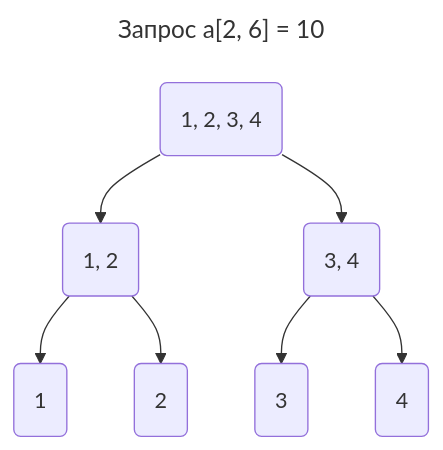
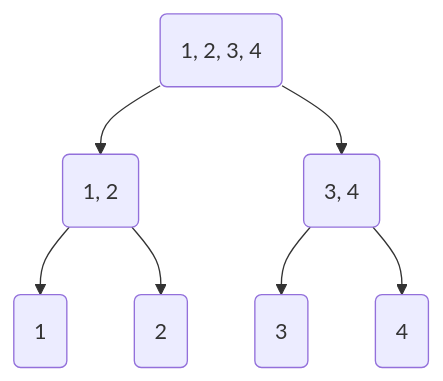
Before and after one commit to viktor37m/NotesSummary: the diagram in notes/data_structures/segment_tree/merge_sort_tree.md, drawn with Mermaid.

Commit message:
Delete title in mermaid Merge sort tree

````diff
--- a/notes/data_structures/segment_tree/merge_sort_tree.md
+++ b/notes/data_structures/segment_tree/merge_sort_tree.md
@@ -5,12 +5,9 @@
 ```mermaid
----
-title: Запрос a[2, 6] = 10
----
 flowchart TD;
 	0(1, 2, 3, 4) --> 1(1, 2)
 	0 --> 2(3, 4)
 	1 --> 3(1)
 	1 --> 4(2)
 	2 --> 5(3)
 	2 --> 6(4)
 ```
````
